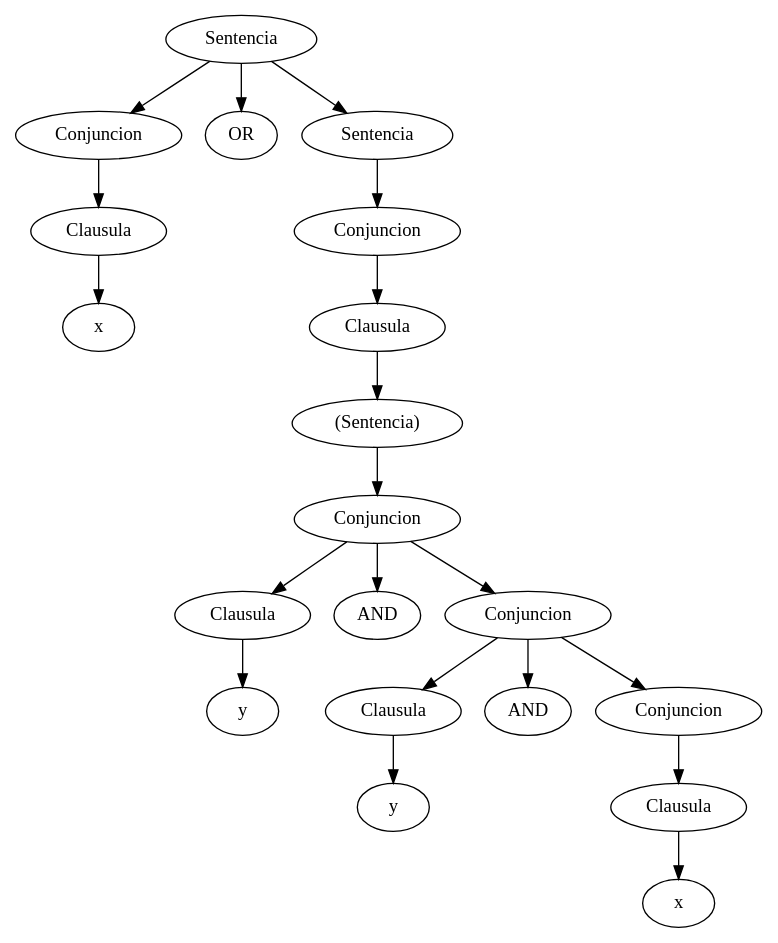
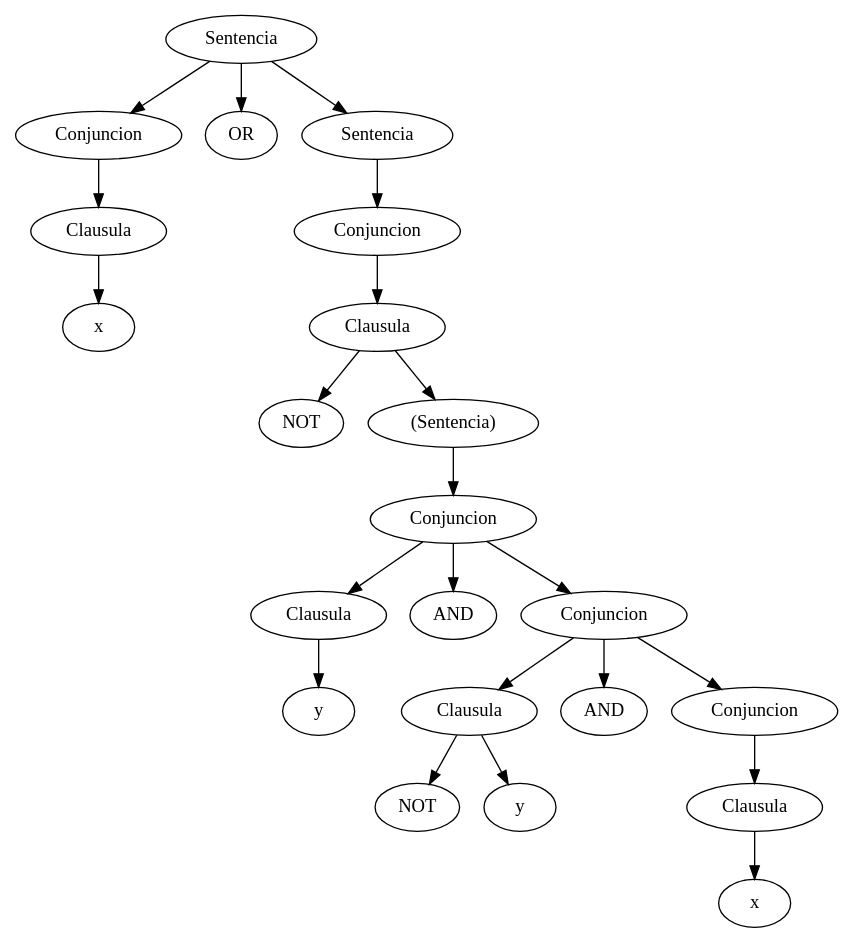
One commit to alvaro-lg/Representaci-n-del-Conocimiento changed the diagram in Practica01/ArbolDerivacion.gv. Above: the diagram before and after it, drawn with Graphviz. The commit also changed 18 other files, not shown here.

```diff
--- a/Practica01/ArbolDerivacion.gv
+++ b/Practica01/ArbolDerivacion.gv
@@ -1,42 +1,46 @@
 // Arbol de derivacion
 digraph {
 	0 [label=Sentencia]
 	1 [label=Conjuncion]
 	0 -> 1
 	2 [label=Clausula]
 	1 -> 2
 	3 [label=x]
 	2 -> 3
 	4 [label=OR]
 	0 -> 4
 	5 [label=Sentencia]
 	0 -> 5
 	6 [label=Conjuncion]
 	5 -> 6
 	7 [label=Clausula]
 	6 -> 7
-	8 [label="(Sentencia)"]
+	8 [label=NOT]
 	7 -> 8
-	9 [label=Conjuncion]
-	8 -> 9
-	10 [label=Clausula]
+	9 [label="(Sentencia)"]
+	7 -> 9
+	10 [label=Conjuncion]
 	9 -> 10
-	11 [label=y]
+	11 [label=Clausula]
 	10 -> 11
-	12 [label=AND]
-	9 -> 12
-	13 [label=Conjuncion]
-	9 -> 13
-	14 [label=Clausula]
-	13 -> 14
-	15 [label=y]
+	12 [label=y]
+	11 -> 12
+	13 [label=AND]
+	10 -> 13
+	14 [label=Conjuncion]
+	10 -> 14
+	15 [label=Clausula]
 	14 -> 15
-	16 [label=AND]
-	13 -> 16
-	17 [label=Conjuncion]
-	13 -> 17
-	18 [label=Clausula]
-	17 -> 18
-	19 [label=x]
-	18 -> 19
+	16 [label=NOT]
+	15 -> 16
+	17 [label=y]
+	15 -> 17
+	18 [label=AND]
+	14 -> 18
+	19 [label=Conjuncion]
+	14 -> 19
+	20 [label=Clausula]
+	19 -> 20
+	21 [label=x]
+	20 -> 21
 }
```
